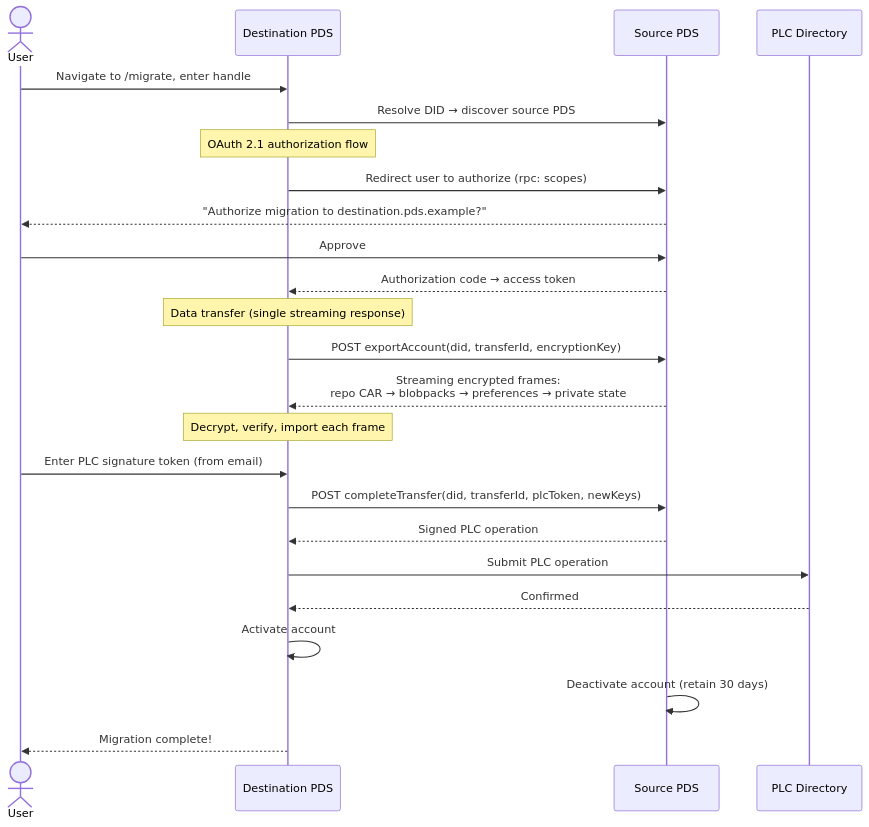
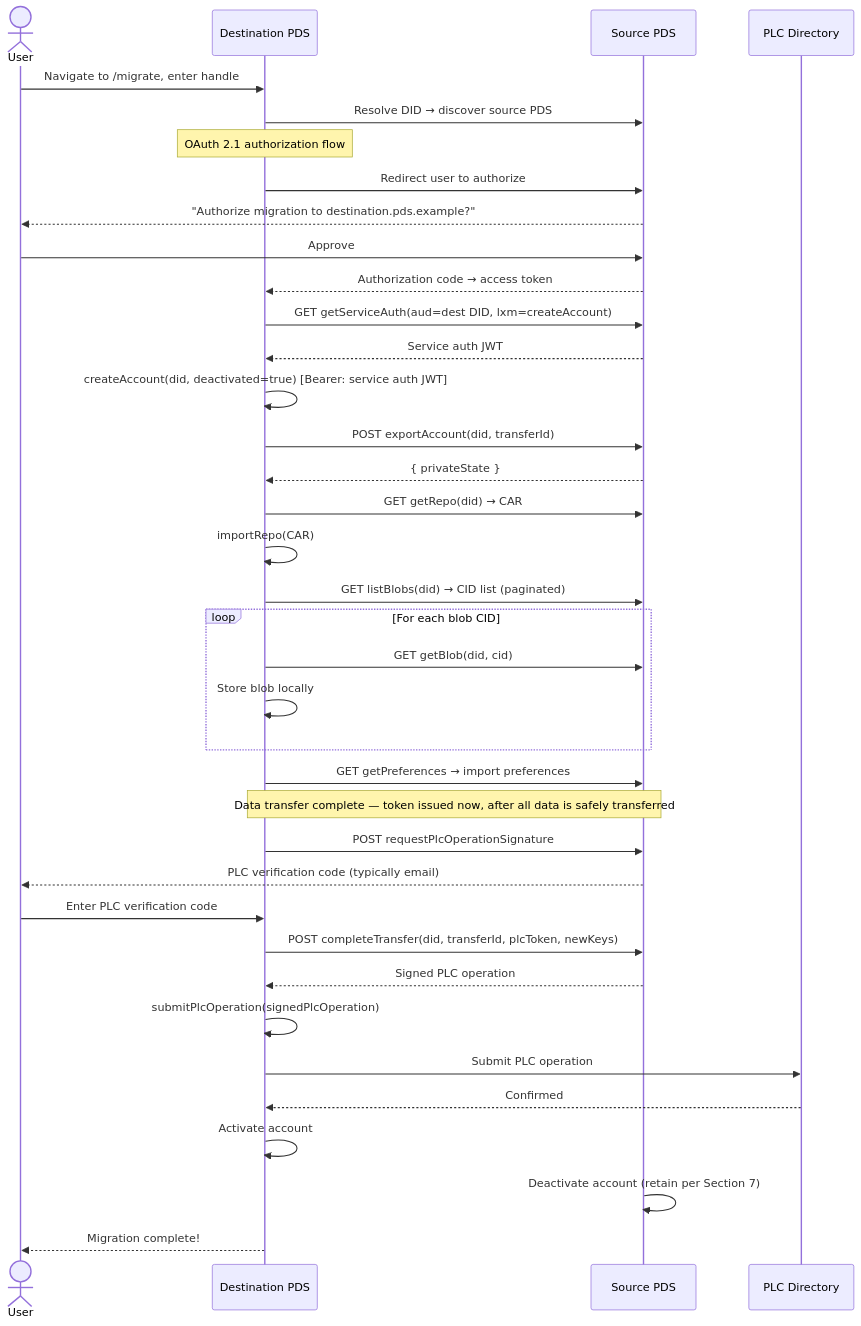
Before and after one commit to bluesky-social/proposals: the diagram in 0014-repo-migration-pds/README.md, drawn with Mermaid. The commit also changed other lines of this file, not shown here.

````diff
--- a/0014-repo-migration-pds/README.md
+++ b/0014-repo-migration-pds/README.md
@@ -61,33 +52,50 @@
 ```mermaid
 sequenceDiagram
     actor User
     participant Dest as Destination PDS
     participant Source as Source PDS
     participant PLC as PLC Directory
 
     User->>Dest: Navigate to /migrate, enter handle
     Dest->>Source: Resolve DID → discover source PDS
 
     Note over Dest: OAuth 2.1 authorization flow
-    Dest->>Source: Redirect user to authorize (rpc: scopes)
+    Dest->>Source: Redirect user to authorize
     Source-->>User: "Authorize migration to destination.pds.example?"
     User->>Source: Approve
     Source-->>Dest: Authorization code → access token
 
-    Note over Dest: Data transfer (single streaming response)
-    Dest->>Source: POST exportAccount(did, transferId, encryptionKey)
-    Source-->>Dest: Streaming encrypted frames:<br/>repo CAR → blobpacks → preferences → private state
+    Dest->>Source: GET getServiceAuth(aud=dest DID, lxm=createAccount)
+    Source-->>Dest: Service auth JWT
+    Dest->>Dest: createAccount(did, deactivated=true) [Bearer: service auth JWT]
 
-    Note over Dest: Decrypt, verify, import each frame
+    Dest->>Source: POST exportAccount(did, transferId)
+    Source-->>Dest: { privateState }
 
-    User->>Dest: Enter PLC signature token (from email)
+    Dest->>Source: GET getRepo(did) → CAR
+    Dest->>Dest: importRepo(CAR)
+
+    Dest->>Source: GET listBlobs(did) → CID list (paginated)
+    loop For each blob CID
+        Dest->>Source: GET getBlob(did, cid)
+        Dest->>Dest: Store blob locally
+    end
+
+    Dest->>Source: GET getPreferences → import preferences
+
+    Note over Dest,Source: Data transfer complete — token issued now, after all data is safely transferred
+    Dest->>Source: POST requestPlcOperationSignature
+    Source-->>User: PLC verification code (typically email)
+
+    User->>Dest: Enter PLC verification code
     Dest->>Source: POST completeTransfer(did, transferId, plcToken, newKeys)
     Source-->>Dest: Signed PLC operation
 
+    Dest->>Dest: submitPlcOperation(signedPlcOperation)
     Dest->>PLC: Submit PLC operation
     PLC-->>Dest: Confirmed
 
     Dest->>Dest: Activate account
-    Source->>Source: Deactivate account (retain 30 days)
+    Source->>Source: Deactivate account (retain per Section 7)
     Dest-->>User: Migration complete!
 ```
````
